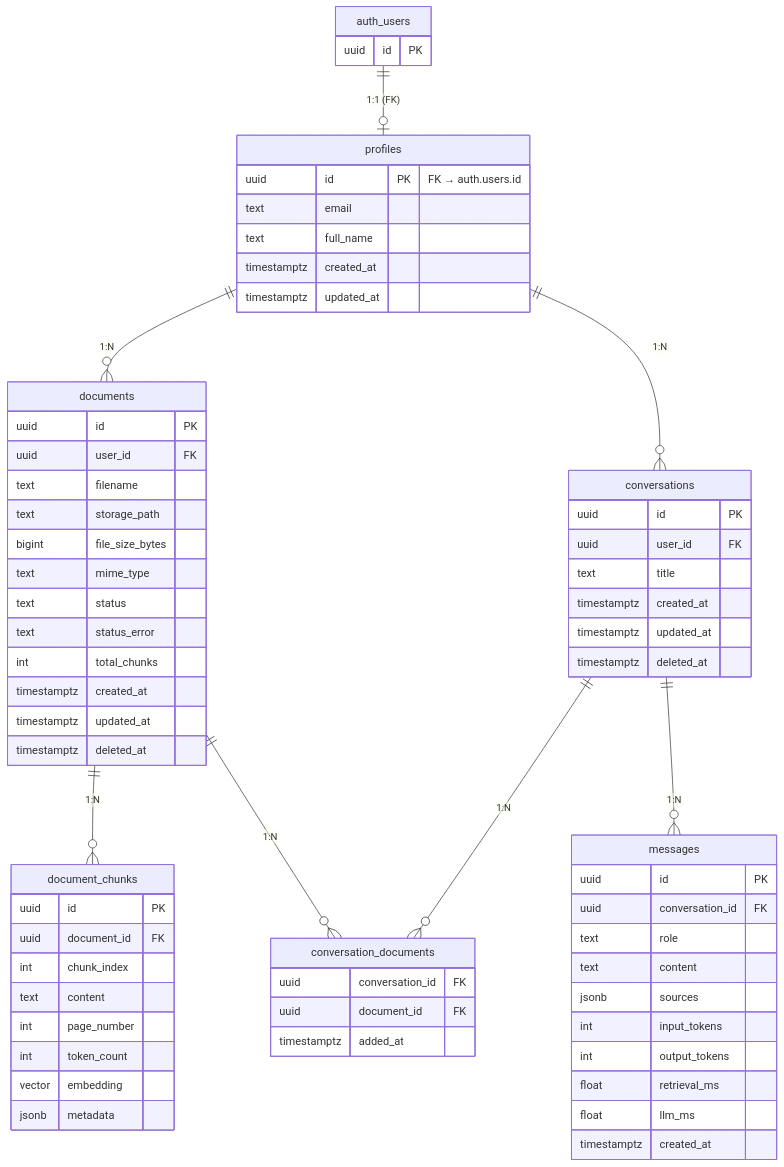
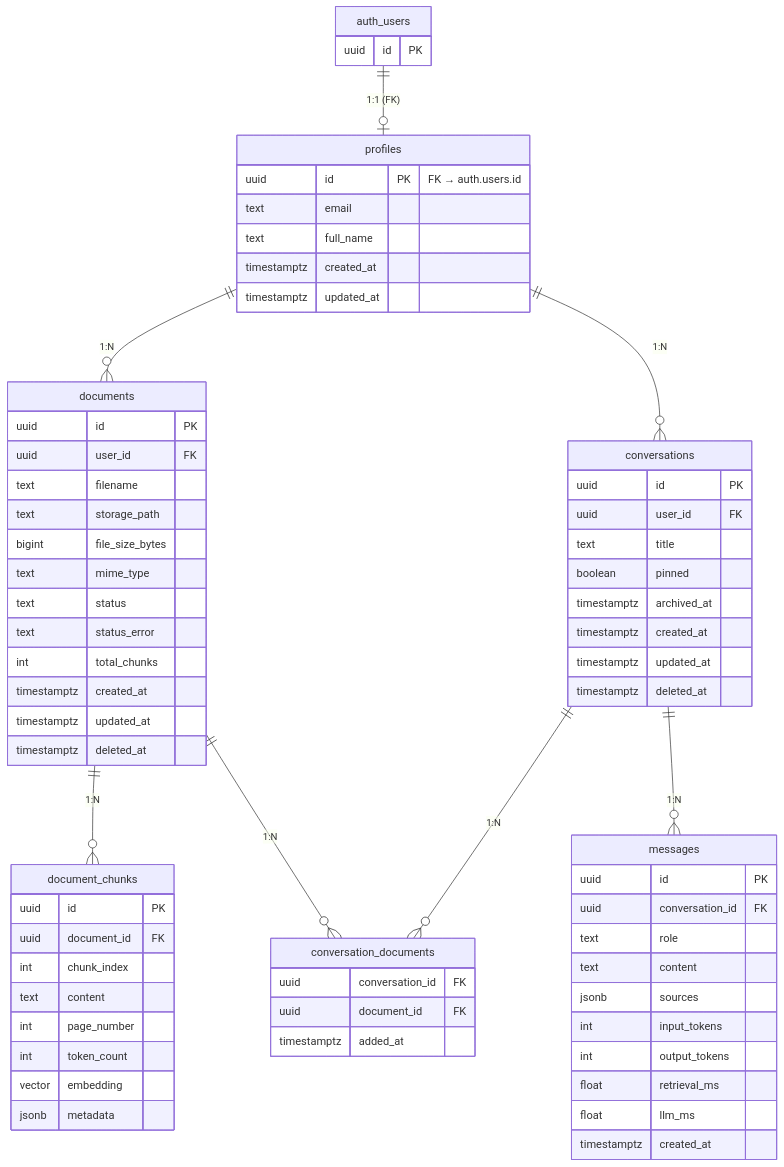
The diagram in docs/database.md (abdullah-alsharif/Contextly), drawn with Mermaid before and after one commit. The commit also changed other lines of this file and 20 other files, not shown here.

````diff
--- a/docs/database.md
+++ b/docs/database.md
@@ -10,70 +10,72 @@
 ```mermaid
 erDiagram
   auth_users ||--o| profiles : "1:1 (FK)"
   profiles ||--o{ documents : "1:N"
   profiles ||--o{ conversations : "1:N"
   documents ||--o{ document_chunks : "1:N"
   conversations ||--o{ conversation_documents : "1:N"
   documents ||--o{ conversation_documents : "1:N"
   conversations ||--o{ messages : "1:N"
 
   auth_users {
     uuid id PK
   }
   profiles {
     uuid id PK "FK → auth.users.id"
     text email
     text full_name
     timestamptz created_at
     timestamptz updated_at
   }
   documents {
     uuid id PK
     uuid user_id FK
     text filename
     text storage_path
     bigint file_size_bytes
     text mime_type
     text status
     text status_error
     int total_chunks
     timestamptz created_at
     timestamptz updated_at
     timestamptz deleted_at
   }
   document_chunks {
     uuid id PK
     uuid document_id FK
     int chunk_index
     text content
     int page_number
     int token_count
     vector embedding
     jsonb metadata
   }
   conversations {
     uuid id PK
     uuid user_id FK
     text title
+    boolean pinned
+    timestamptz archived_at
     timestamptz created_at
     timestamptz updated_at
     timestamptz deleted_at
   }
   conversation_documents {
     uuid conversation_id FK
     uuid document_id FK
     timestamptz added_at
   }
   messages {
     uuid id PK
     uuid conversation_id FK
     text role
     text content
     jsonb sources
     int input_tokens
     int output_tokens
     float retrieval_ms
     float llm_ms
     timestamptz created_at
   }
 ```
````
